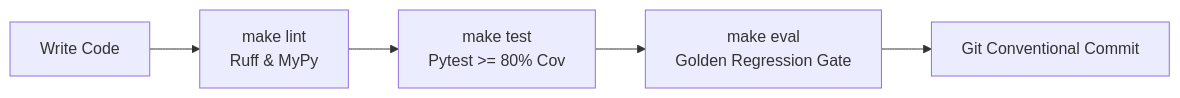
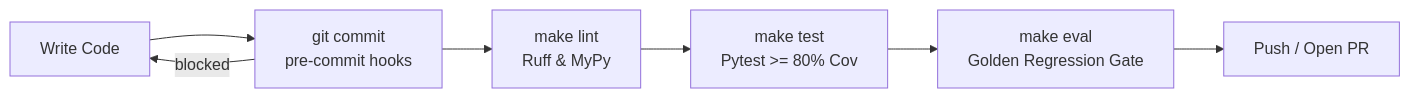
One commit to Ignotus-21/Finance-Agent---Investment-Research-Agent changed the diagram in docs/developer_onboarding_guide.md. Above: the diagram before and after it, drawn with Mermaid. The commit also changed other lines of this file and 19 other files, not shown here.

````diff
--- a/docs/developer_onboarding_guide.md
+++ b/docs/developer_onboarding_guide.md
@@ -70,7 +75,9 @@
 ```mermaid
 graph LR
-    Code[Write Code] --> Lint[make lint<br/>Ruff & MyPy]
+    Code[Write Code] --> Hooks[git commit<br/>pre-commit hooks]
+    Hooks -->|blocked| Code
+    Hooks --> Lint[make lint<br/>Ruff & MyPy]
     Lint --> Test[make test<br/>Pytest >= 80% Cov]
     Test --> Eval[make eval<br/>Golden Regression Gate]
-    Eval --> Commit[Git Conventional Commit]
+    Eval --> Commit[Push / Open PR]
 ```
````
